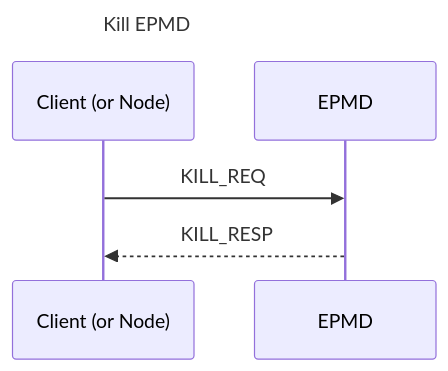
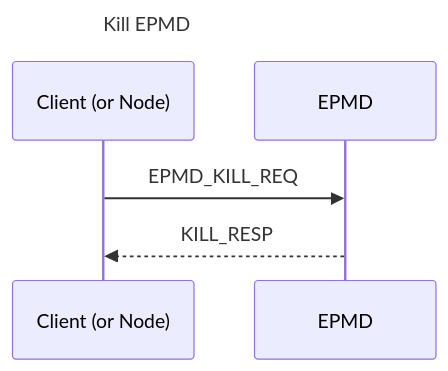
The seventh of 8 diagrams in erts/doc/guides/erl_dist_protocol.md (erlang/otp), drawn with Mermaid before and after one commit. The commit also changed other lines of this file and 3 other files, not shown here.

````diff
--- a/erts/doc/guides/erl_dist_protocol.md
+++ b/erts/doc/guides/erl_dist_protocol.md
@@ -350,11 +350,11 @@
 ```mermaid
 ---
 title: Kill EPMD
 ---
 sequenceDiagram
     participant client as Client (or Node)
     participant EPMD
     
-    client ->> EPMD: KILL_REQ
+    client ->> EPMD: EPMD_KILL_REQ
     EPMD -->> client: KILL_RESP
 ```
````
